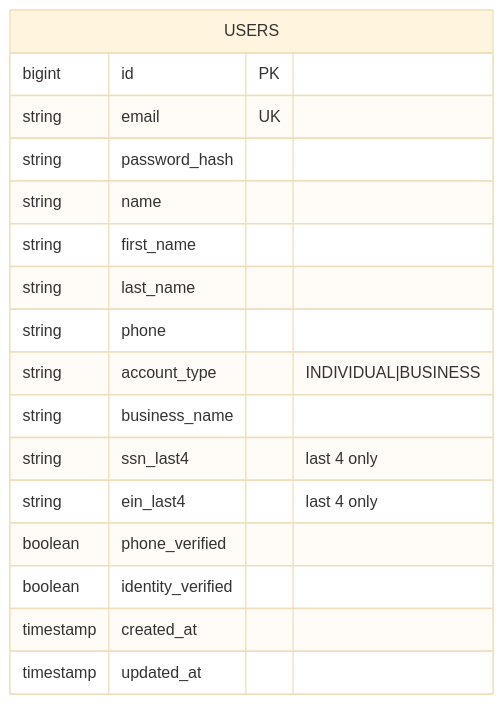
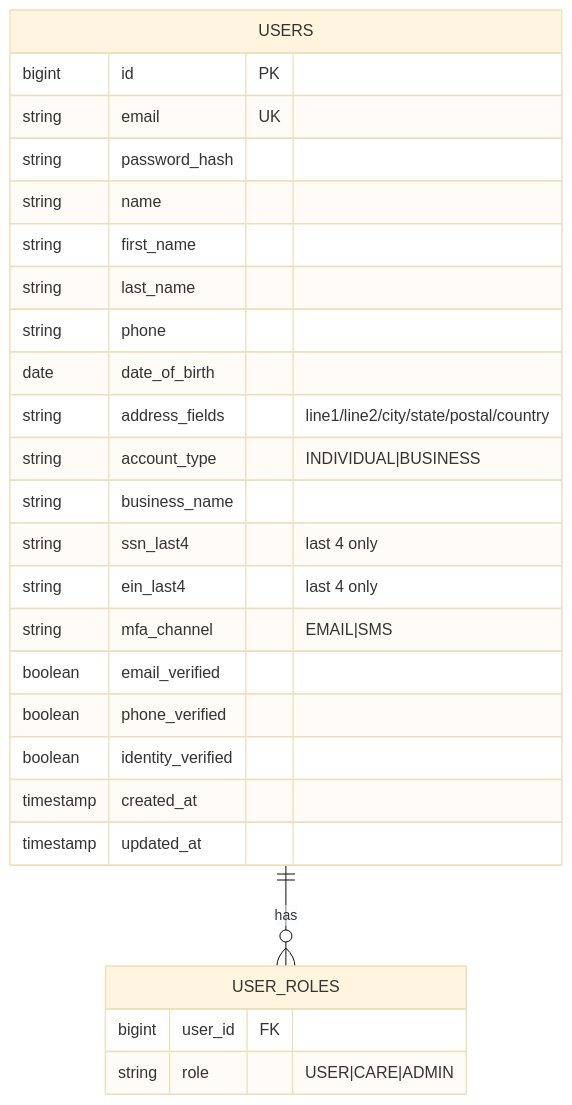
One commit to vadlapatlasuresh/my-wealth-management changed the first of 2 diagrams in docs/workflows/components/01-auth-service.md. Above: the diagram before and after it, drawn with Mermaid (base theme). The commit also changed other lines of this file and 195 other files, not shown here.

First line of the commit message:
prod foundation: MFA email/SMS OTP, per-service observability, Plaid sync, docs

````diff
--- a/docs/workflows/components/01-auth-service.md
+++ b/docs/workflows/components/01-auth-service.md
@@ -16,20 +26,29 @@
 ```mermaid
 erDiagram
+    USERS ||--o{ USER_ROLES : has
     USERS {
         bigint id PK
         string email UK
         string password_hash
         string name
         string first_name
         string last_name
         string phone
+        date date_of_birth
+        string address_fields "line1/line2/city/state/postal/country"
         string account_type "INDIVIDUAL|BUSINESS"
         string business_name
         string ssn_last4 "last 4 only"
         string ein_last4 "last 4 only"
+        string mfa_channel "EMAIL|SMS"
+        boolean email_verified
         boolean phone_verified
         boolean identity_verified
         timestamp created_at
         timestamp updated_at
     }
+    USER_ROLES {
+        bigint user_id FK
+        string role "USER|CARE|ADMIN"
+    }
 ```
````
